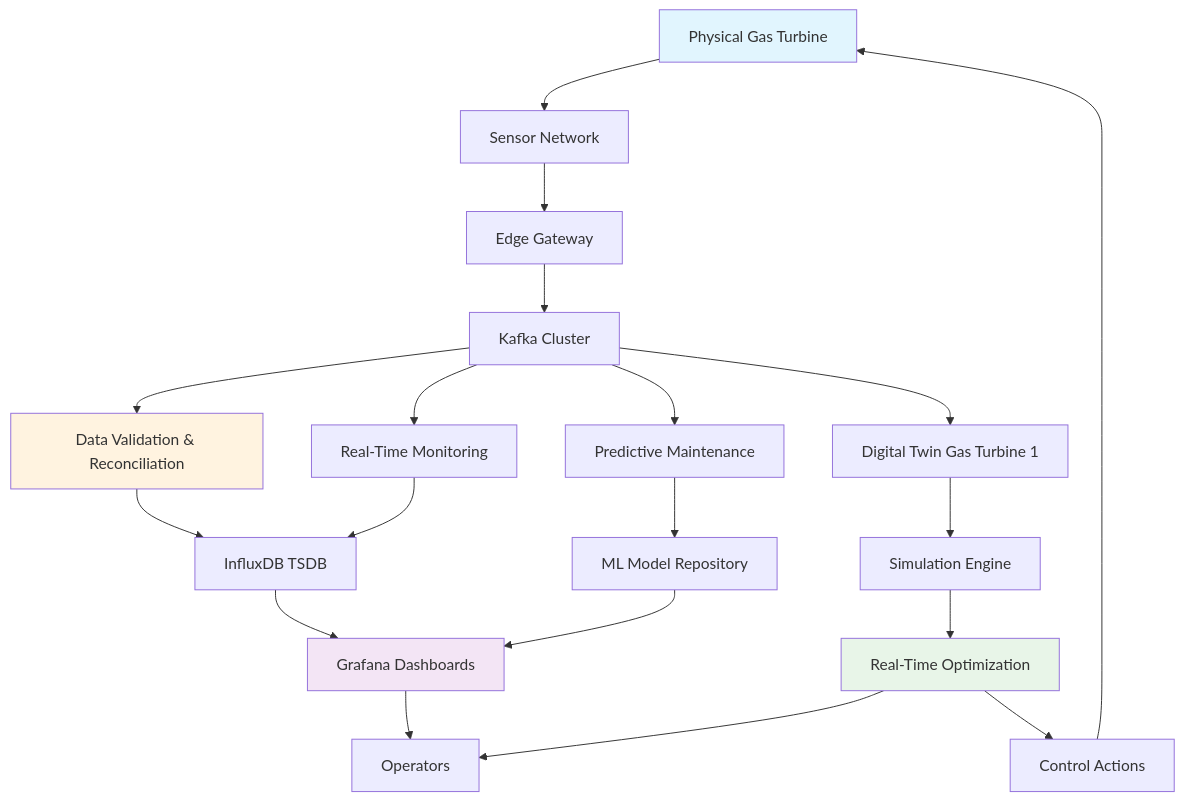
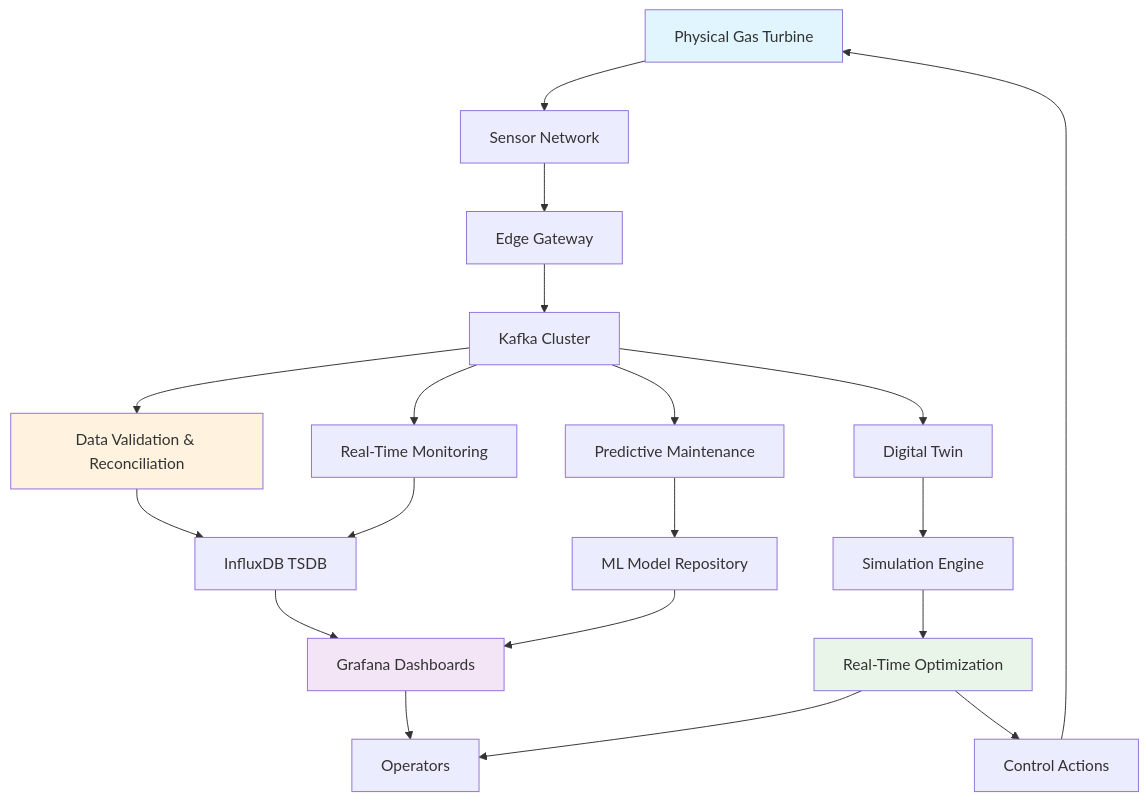
The first of 11 diagrams in README.md (FARIDDD123/Compressor-Dashboard), drawn with Mermaid before and after one commit. The commit also changed other lines of this file and 30 other files, not shown here.

````diff
--- a/README.md
+++ b/README.md
@@ -153,31 +153,31 @@
 ```mermaid
 graph TB
     A[Physical Gas Turbine] --> B[Sensor Network]
     B --> C[Edge Gateway]
     C --> D[Kafka Cluster]
     
     D --> E[Data Validation & Reconciliation]
     D --> F[Real-Time Monitoring]
     D --> G[Predictive Maintenance]
-    D --> H[Digital Twin Gas Turbine 1]
+    D --> H[Digital Twin]
     
     E --> I[InfluxDB TSDB]
     F --> I
     G --> J[ML Model Repository]
     H --> K[Simulation Engine]
     
     I --> L[Grafana Dashboards]
     J --> L
     K --> M[Real-Time Optimization]
     
     M --> N[Control Actions]
     N --> A
     
     L --> O[Operators]
     M --> O
     
     style A fill:#e1f5fe
     style L fill:#f3e5f5
     style M fill:#e8f5e8
     style E fill:#fff3e0
 ```
````
